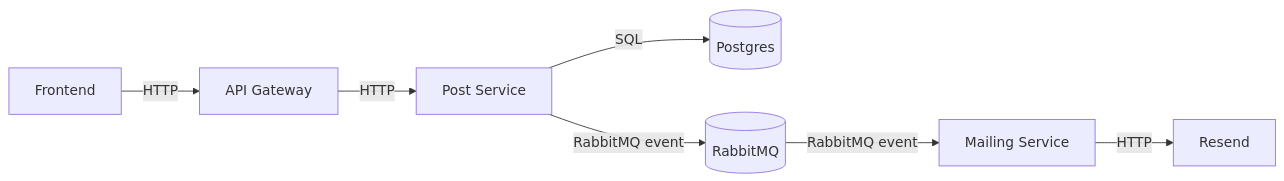
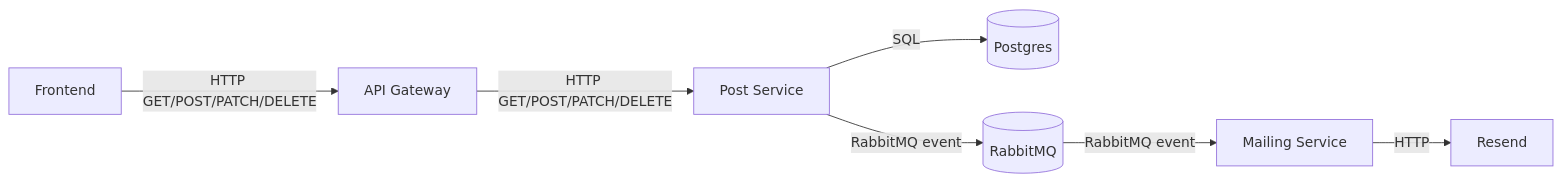
One commit to Adambizien/Event_Thunder changed the first of 5 diagrams in README.md. Above: the diagram before and after it, drawn with Mermaid. The commit also changed other lines of this file, not shown here.

Commit message:
fix: update HTTP methods in architecture diagrams for accuracy

````diff
--- a/README.md
+++ b/README.md
@@ -25,9 +25,9 @@
 ```mermaid
 flowchart LR
-  Frontend[Frontend] -->|HTTP| Gateway[API Gateway]
-  Gateway -->|HTTP| Posts[Post Service]
+  Frontend[Frontend] -->|HTTP GET/POST/PATCH/DELETE| Gateway[API Gateway]
+  Gateway -->|HTTP GET/POST/PATCH/DELETE| Posts[Post Service]
   Posts -->|SQL| Postgres[(Postgres)]
   Posts -->|RabbitMQ event| Rabbit[(RabbitMQ)]
   Rabbit -->|RabbitMQ event| Mailing[Mailing Service]
   Mailing -->|HTTP| Resend[Resend]
 ```
````
